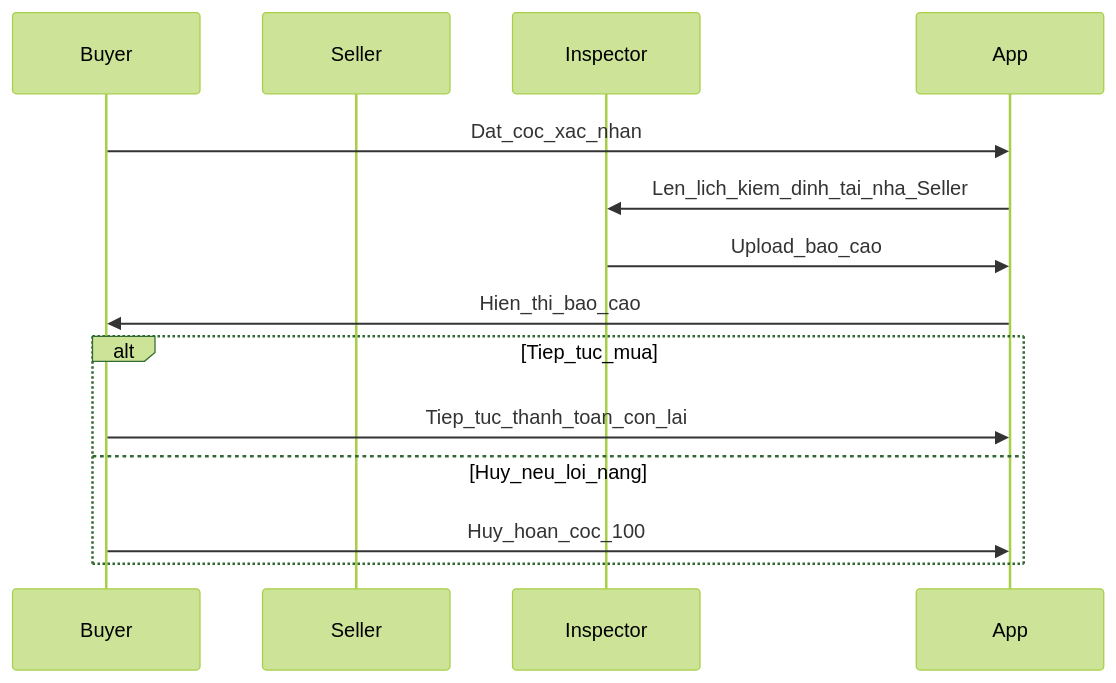
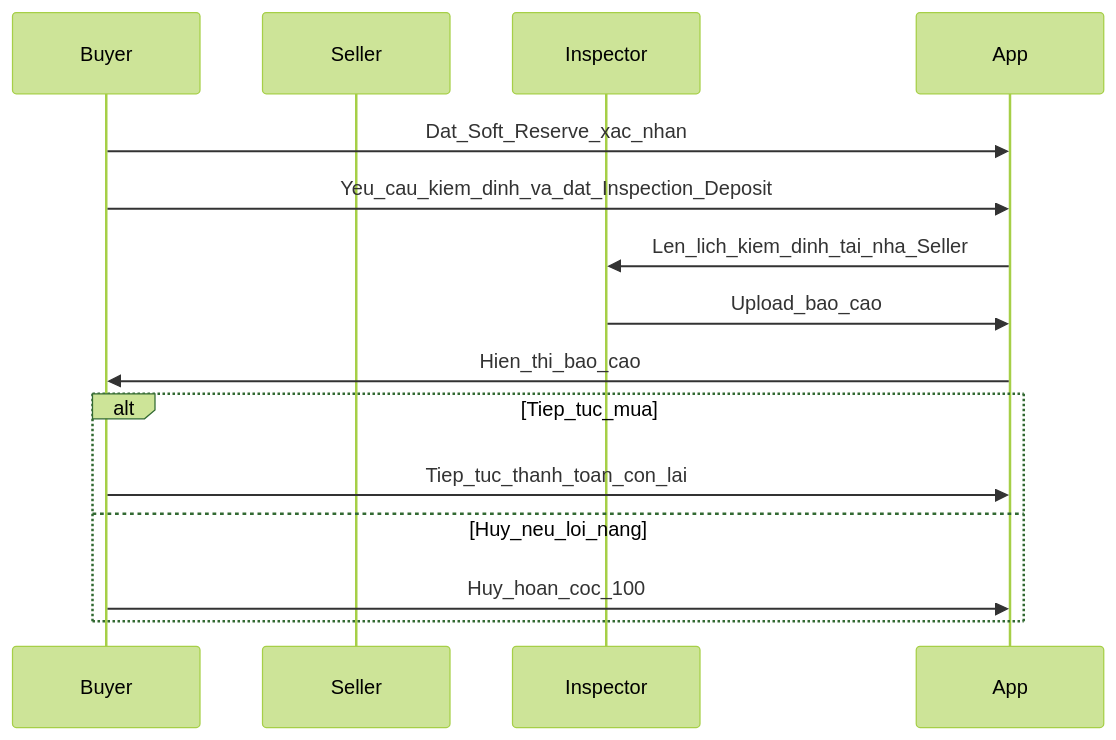
Before and after one commit to SWP-SportsBicycles/used-bicycle-exchange-FE: the diagram in 01-order-and-deposit-rules.md, drawn with Mermaid (forest theme). The commit also changed other lines of this file and 4 other files, not shown here.

````diff
--- a/01-order-and-deposit-rules.md
+++ b/01-order-and-deposit-rules.md
@@ -45,17 +62,18 @@
 ```mermaid
 sequenceDiagram
   participant B as Buyer
   participant S as Seller
   participant I as Inspector
   participant A as App
 
-  B->>A: Dat_coc_xac_nhan
+  B->>A: Dat_Soft_Reserve_xac_nhan
+  B->>A: Yeu_cau_kiem_dinh_va_dat_Inspection_Deposit
   A->>I: Len_lich_kiem_dinh_tai_nha_Seller
   I->>A: Upload_bao_cao
   A->>B: Hien_thi_bao_cao
   alt Tiep_tuc_mua
     B->>A: Tiep_tuc_thanh_toan_con_lai
   else Huy_neu_loi_nang
     B->>A: Huy_hoan_coc_100
   end
 ```
````
